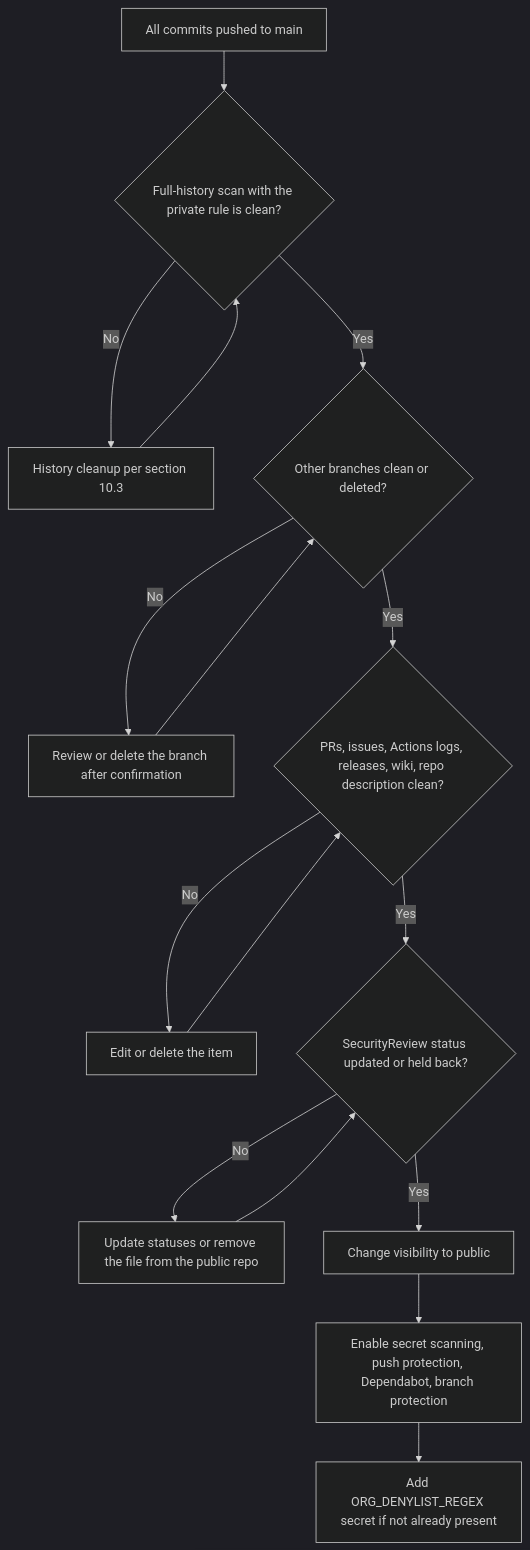
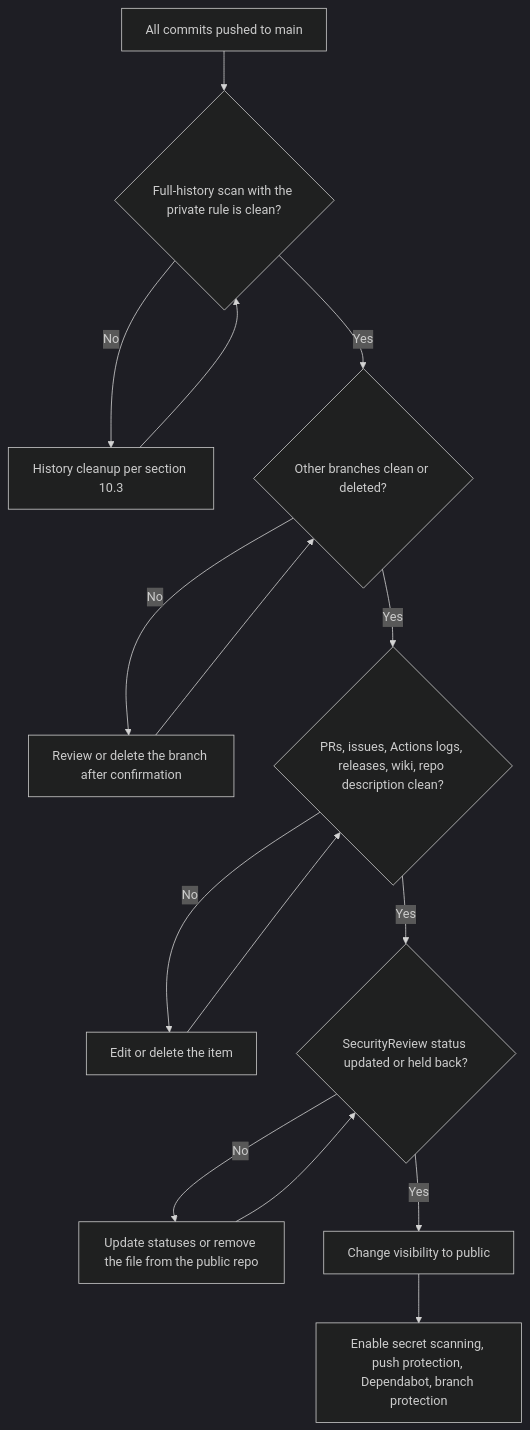
The sixth of 7 diagrams in Docs/public-release-and-org-config-plan.md (ADefWebserver/Blazor-Azure-Inventory), drawn with Mermaid (dark theme) before and after one commit. The commit also changed other lines of this file and 4 other files, not shown here.

````diff
--- a/Docs/public-release-and-org-config-plan.md
+++ b/Docs/public-release-and-org-config-plan.md
@@ -613,18 +559,17 @@
 ```mermaid
 flowchart TD
     A["All commits pushed to main"] --> B{"Full-history scan with the private rule is clean?"}
     B -->|"No"| R["History cleanup per section 10.3"]
     R --> B
     B -->|"Yes"| C{"Other branches clean or deleted?"}
     C -->|"No"| C1["Review or delete the branch after confirmation"]
     C1 --> C
     C -->|"Yes"| D{"PRs, issues, Actions logs, releases, wiki, repo description clean?"}
     D -->|"No"| D1["Edit or delete the item"]
     D1 --> D
     D -->|"Yes"| E{"SecurityReview status updated or held back?"}
     E -->|"No"| E1["Update statuses or remove the file from the public repo"]
     E1 --> E
     E -->|"Yes"| F["Change visibility to public"]
     F --> G["Enable secret scanning, push protection, Dependabot, branch protection"]
-    G --> H["Add ORG_DENYLIST_REGEX secret if not already present"]
 ```
````
